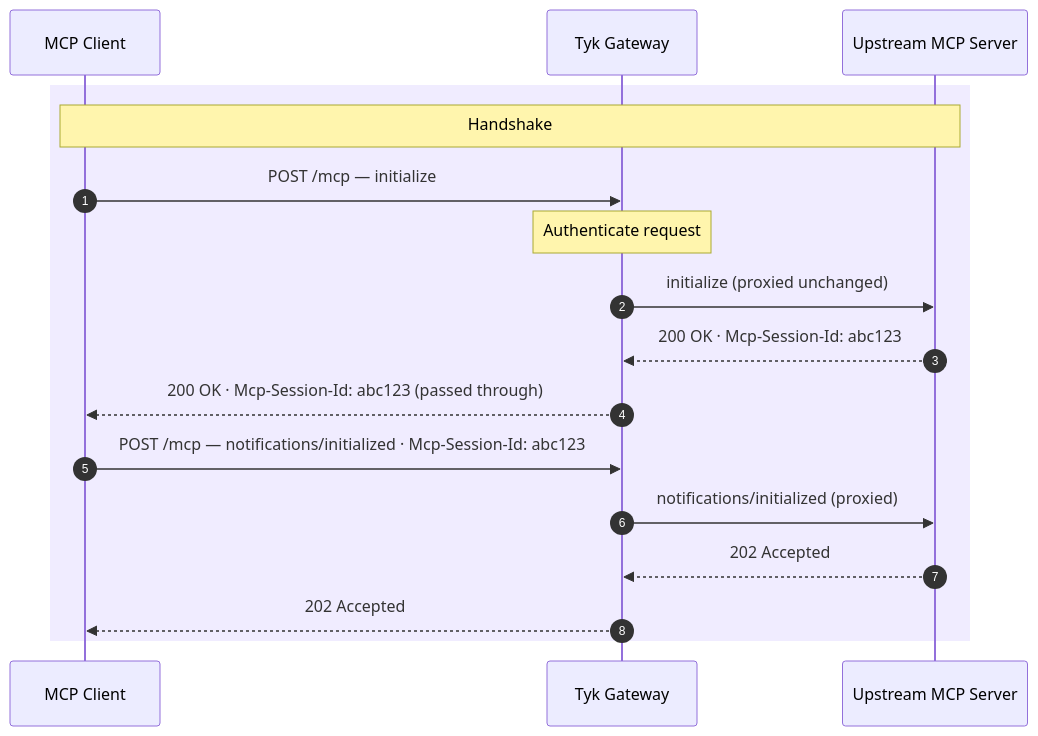
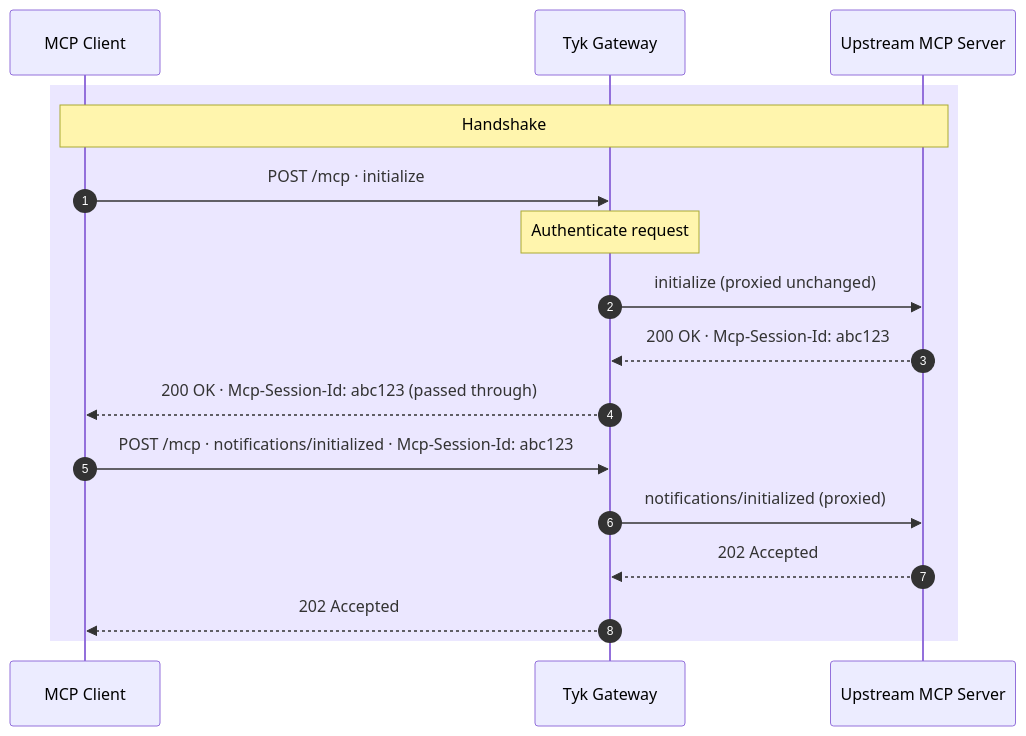
One commit to TykTechnologies/tyk-docs changed the second of 5 diagrams in ai-management/mcp-gateway/core-concepts.mdx. Above: the diagram before and after it, drawn with Mermaid. The commit also changed other lines of this file and 17 other files, not shown here.

````diff
--- a/ai-management/mcp-gateway/core-concepts.mdx
+++ b/ai-management/mcp-gateway/core-concepts.mdx
@@ -180,20 +211,20 @@
 ```mermaid
 sequenceDiagram
     autonumber
     participant C as MCP Client
     participant T as Tyk Gateway
     participant U as Upstream MCP Server
 
-    rect rgb(240, 236, 255)
+    rect rgba(124, 92, 255, 0.15)
         Note over C,U: Handshake
-        C->>T: POST /mcp — initialize
+        C->>T: POST /mcp · initialize
         Note over T: Authenticate request
         T->>U: initialize (proxied unchanged)
         U-->>T: 200 OK · Mcp-Session-Id: abc123
         T-->>C: 200 OK · Mcp-Session-Id: abc123 (passed through)
-        C->>T: POST /mcp — notifications/initialized · Mcp-Session-Id: abc123
+        C->>T: POST /mcp · notifications/initialized · Mcp-Session-Id: abc123
         T->>U: notifications/initialized (proxied)
         U-->>T: 202 Accepted
         T-->>C: 202 Accepted
     end
 ```
````
